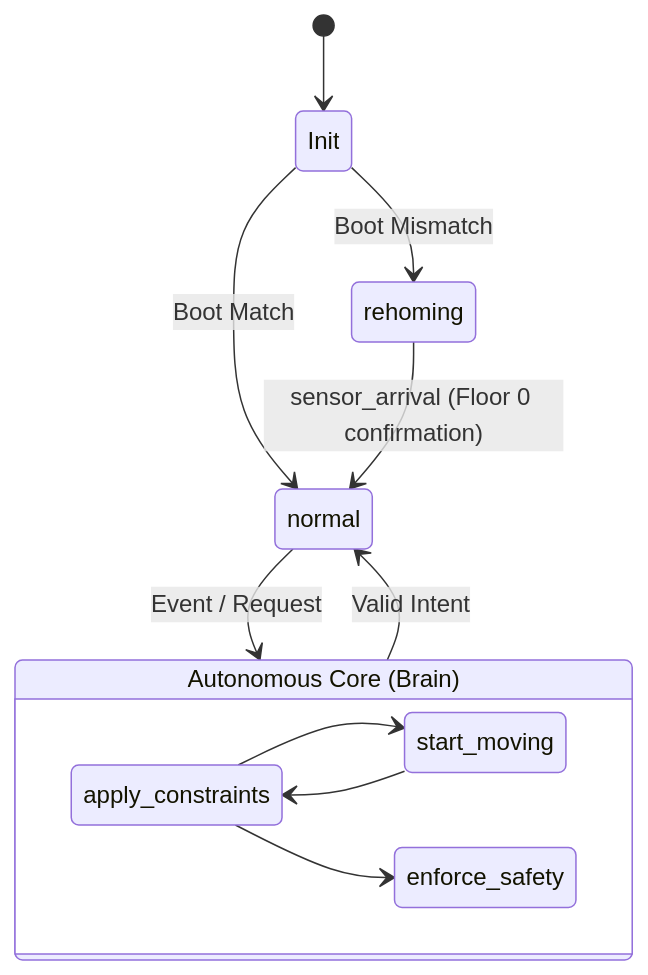
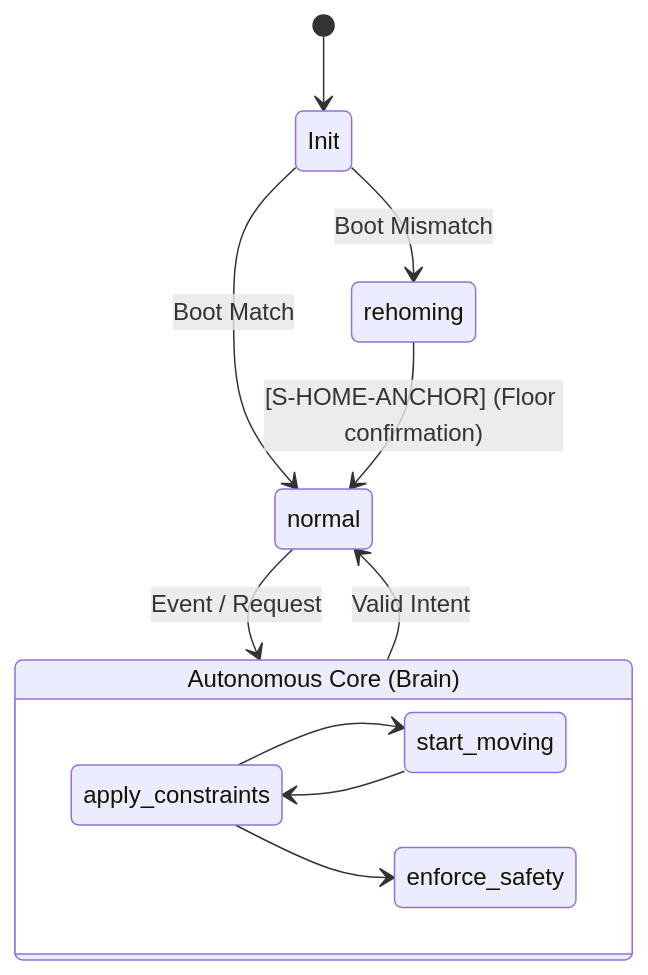
Before and after one commit to alesch/elevator: the first of 3 diagrams in doc/ARCHITECTURE.md, drawn with Mermaid. The commit also changed 4 other files, not shown here.

````diff
--- a/doc/ARCHITECTURE.md
+++ b/doc/ARCHITECTURE.md
@@ -18,17 +18,17 @@
 ```mermaid
 stateDiagram-v2
     [*] --> Init
     Init --> rehoming: Boot Mismatch
     Init --> normal: Boot Match
     
     state "Autonomous Core (Brain)" as Core {
         direction LR
         apply_constraints --> start_moving
         start_moving --> apply_constraints
         apply_constraints --> enforce_safety
     }
 
-    rehoming --> normal: sensor_arrival (Floor 0 confirmation)
+    rehoming --> normal: [S-HOME-ANCHOR] (Floor confirmation)
     normal --> Core: Event / Request
     Core --> normal: Valid Intent
 ```
````
